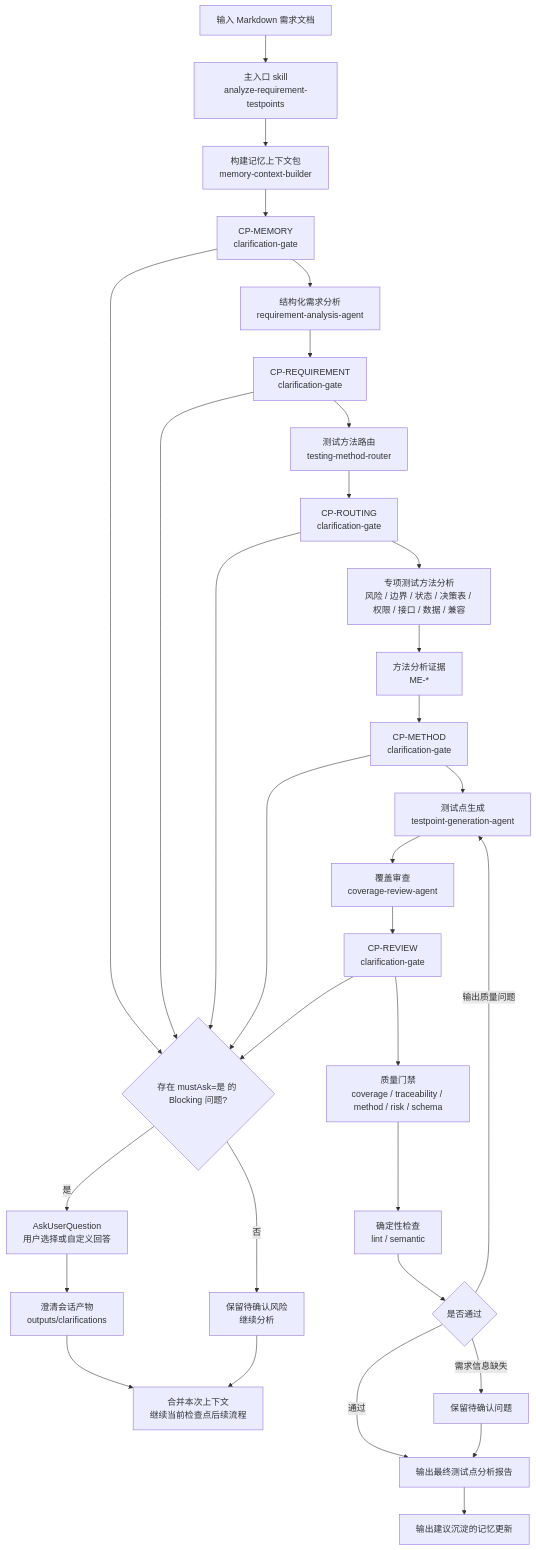
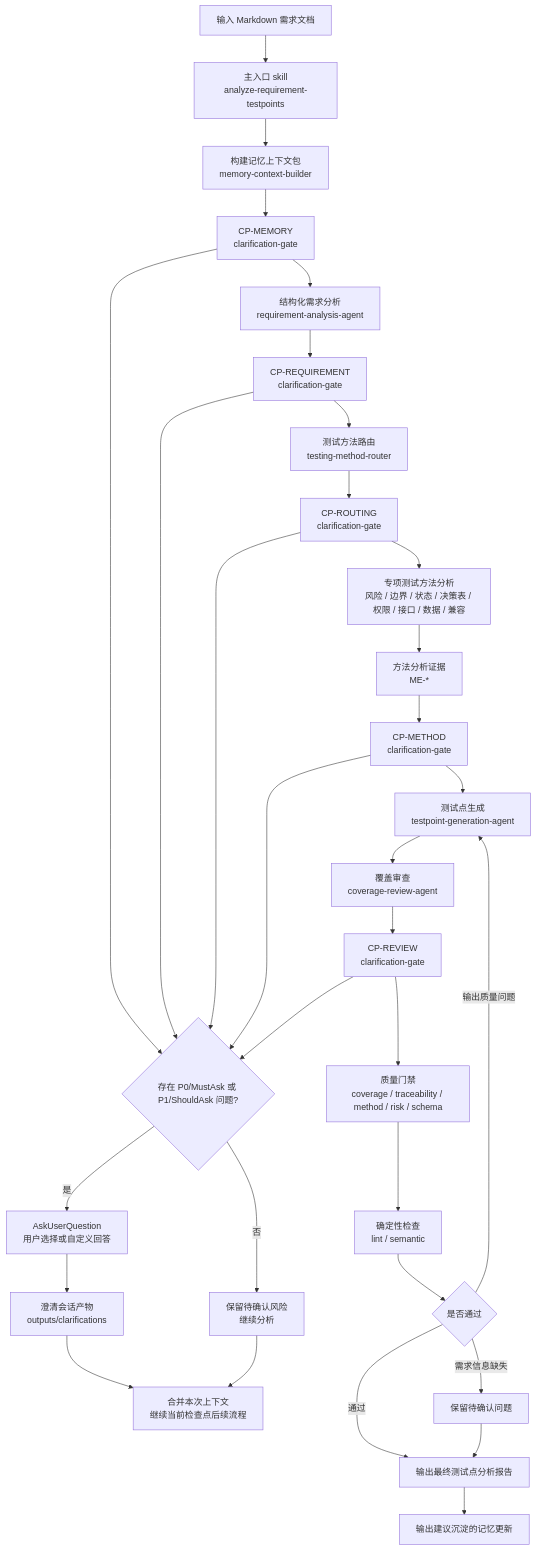
Before and after one commit to szluoqy-byte/Test-Analysis-Agent: the third of 8 diagrams in docs/test-analysis-agent-design.md, drawn with Mermaid. The commit also changed other lines of this file and 6 other files, not shown here.

````diff
--- a/docs/test-analysis-agent-design.md
+++ b/docs/test-analysis-agent-design.md
@@ -172,34 +172,34 @@
 ```mermaid
 flowchart TD
   A["输入 Markdown 需求文档"] --> B["主入口 skill\nanalyze-requirement-testpoints"]
   B --> C["构建记忆上下文包\nmemory-context-builder"]
   C --> C1["CP-MEMORY\nclarification-gate"]
   C1 --> D["结构化需求分析\nrequirement-analysis-agent"]
   D --> C2["CP-REQUIREMENT\nclarification-gate"]
   C2 --> E["测试方法路由\ntesting-method-router"]
   E --> C3["CP-ROUTING\nclarification-gate"]
   C3 --> F["专项测试方法分析\n风险 / 边界 / 状态 / 决策表 / 权限 / 接口 / 数据 / 兼容"]
   F --> EV["方法分析证据\nME-*"]
   EV --> C4["CP-METHOD\nclarification-gate"]
   C4 --> G["测试点生成\ntestpoint-generation-agent"]
   G --> H["覆盖审查\ncoverage-review-agent"]
   H --> C5["CP-REVIEW\nclarification-gate"]
-  C1 --> Ask{"存在 mustAsk=是 的 Blocking 问题?"}
+  C1 --> Ask{"存在 P0/MustAsk 或 P1/ShouldAsk 问题?"}
   C2 --> Ask
   C3 --> Ask
   C4 --> Ask
   C5 --> Ask
   Ask -- "是" --> AUQ["AskUserQuestion\n用户选择或自定义回答"]
   AUQ --> CS["澄清会话产物\noutputs/clarifications"]
   CS --> Resume["合并本次上下文\n继续当前检查点后续流程"]
   Ask -- "否" --> Risk["保留待确认风险\n继续分析"]
   Risk --> Resume
   C5 --> I["质量门禁\ncoverage / traceability / method / risk / schema"]
   I --> J["确定性检查\nlint / semantic"]
   J --> K{"是否通过"}
   K -- "通过" --> L["输出最终测试点分析报告"]
   K -- "输出质量问题" --> G
   K -- "需求信息缺失" --> M["保留待确认问题"]
   M --> L
   L --> N["输出建议沉淀的记忆更新"]
 ```
````
